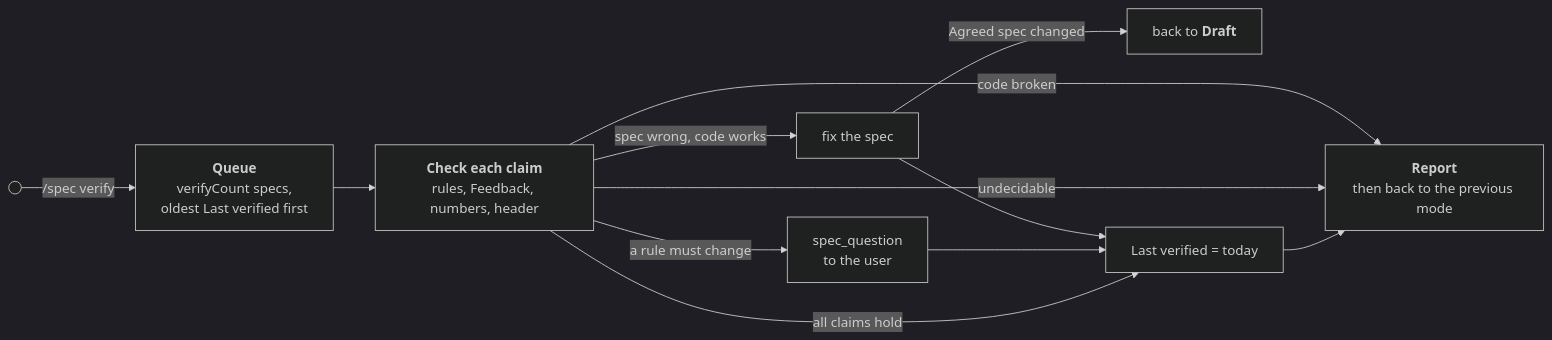
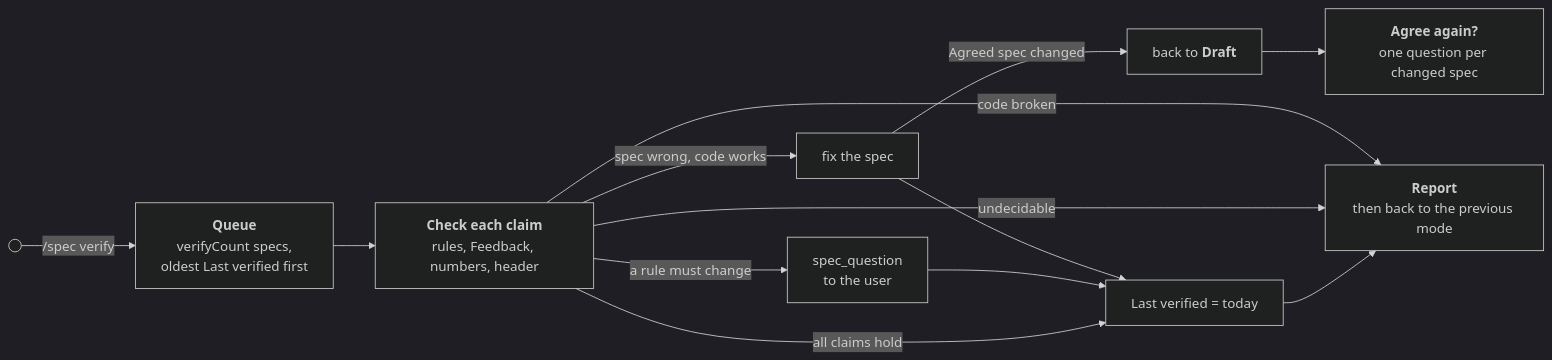
One commit to coreyryanhanson/pi-spec-mode changed the second of 2 diagrams in README.md. Above: the diagram before and after it, drawn with Mermaid (dark theme). The commit also changed other lines of this file and 4 other files, not shown here.

````diff
--- a/README.md
+++ b/README.md
@@ -56,14 +56,15 @@
 ```mermaid
 flowchart LR
     start(( )) -->|/spec verify| Queue["<b>Queue</b><br/>verifyCount specs,<br/>oldest Last verified first"]
     Queue --> Check["<b>Check each claim</b><br/>rules, Feedback, numbers, header"]
     Check -->|spec wrong, code works| Fix["fix the spec"]
     Check -->|code broken| Report
     Check -->|a rule must change| Ask["spec_question<br/>to the user"]
     Check -->|undecidable| Report
     Fix -->|Agreed spec changed| Draft["back to <b>Draft</b>"]
     Fix --> Stamp
     Ask --> Stamp
     Check -->|all claims hold| Stamp["Last verified = today"]
     Stamp --> Report["<b>Report</b><br/>then back to the previous mode"]
+    Draft --> Offer["<b>Agree again?</b><br/>one question per changed spec"]
 ```
````
